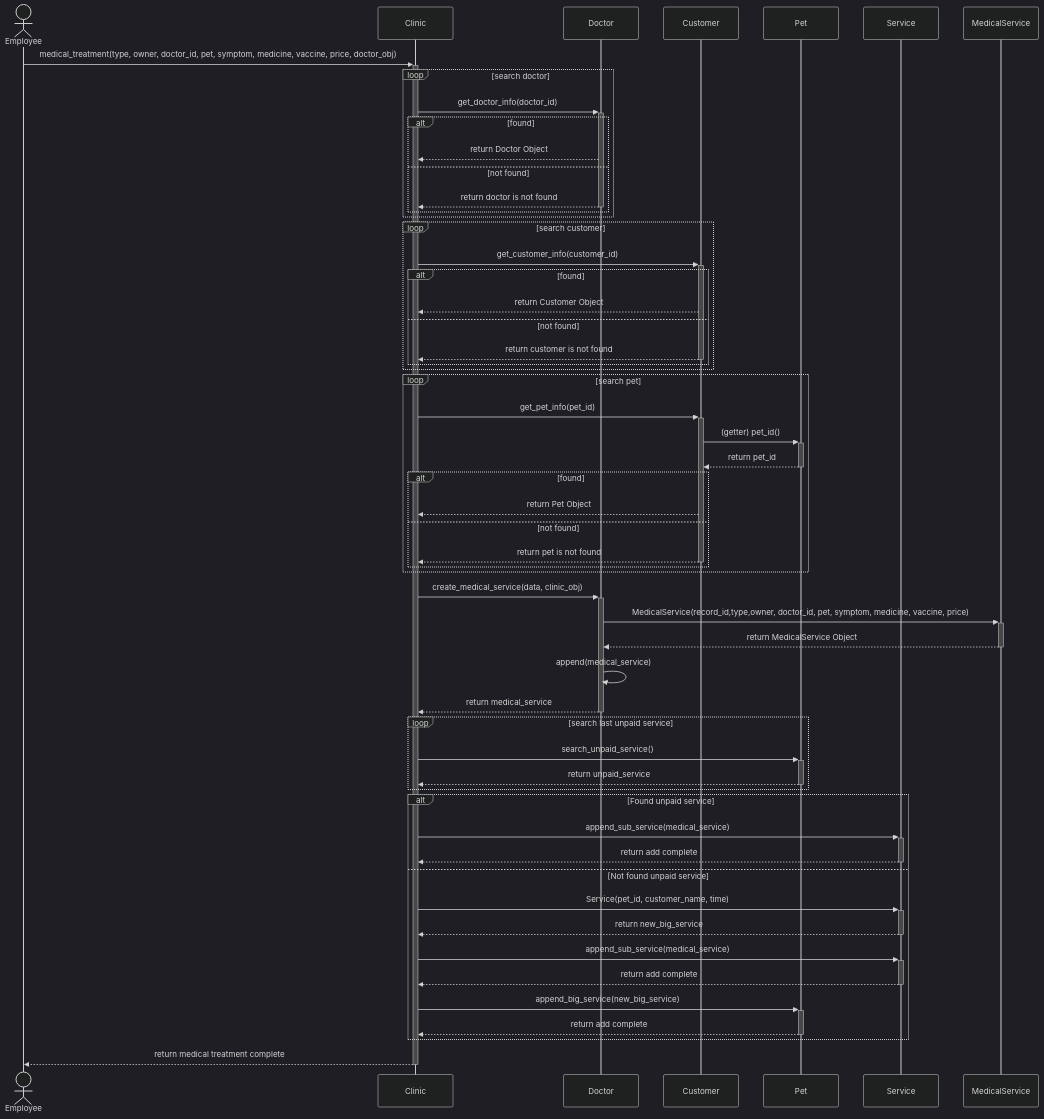
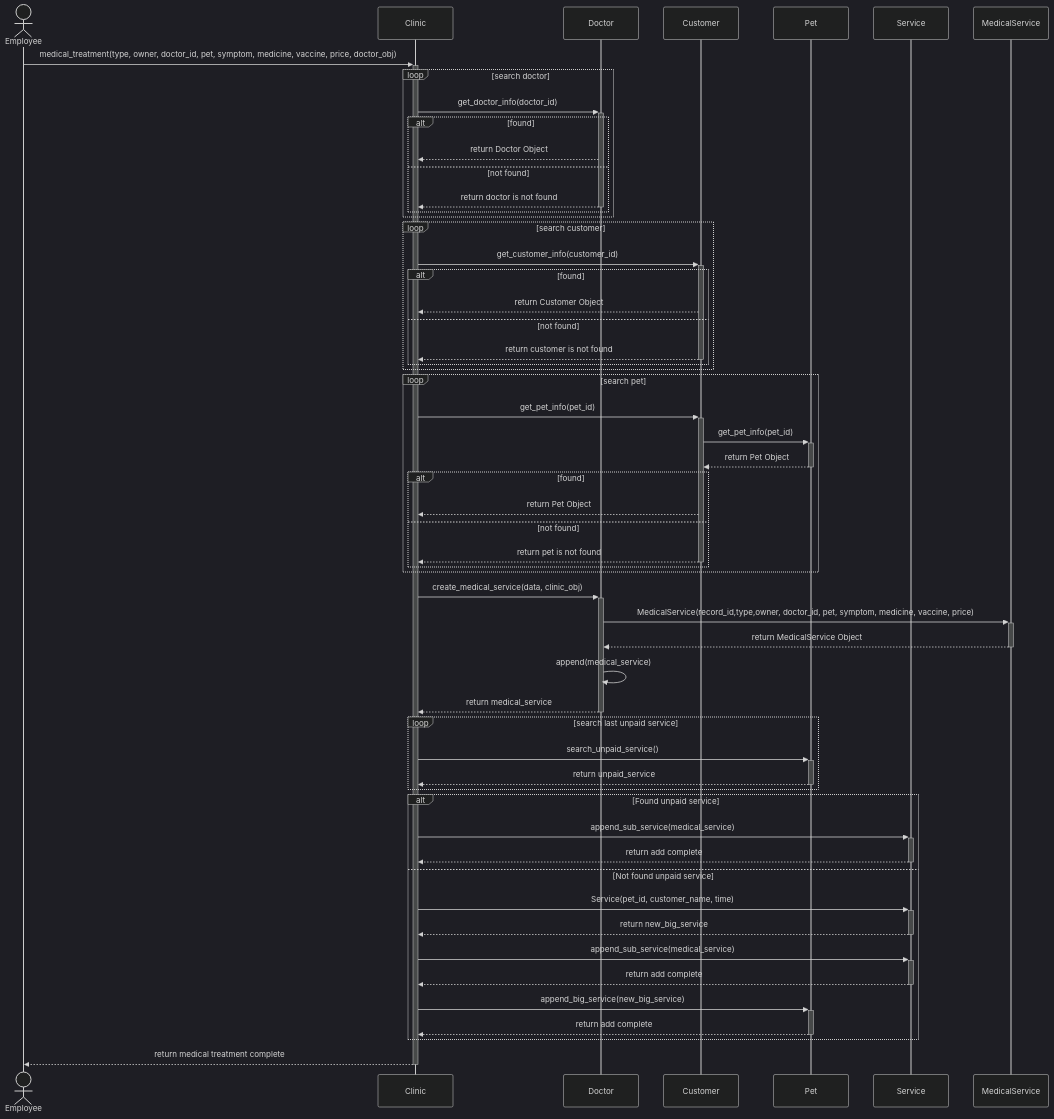
One commit to HiruKub/OOP-PROJECT_BASECODE changed the diagram in SequenceDiagram/Pet Treatment Service-2026-02-21-073359.mmd. Above: the diagram before and after it, drawn with Mermaid (dark theme). The commit also changed 1 other file, not shown here.

Commit message:
refactor: update pet info retrieval in sequence diagram

```diff
--- a/SequenceDiagram/Pet Treatment Service-2026-02-21-073359.mmd
+++ b/SequenceDiagram/Pet Treatment Service-2026-02-21-073359.mmd
@@ -1,79 +1,79 @@
 sequenceDiagram
     actor Employee
     participant Clinic
     participant Doctor
     participant Customer
     participant Pet
     participant Service
     participant MedicalService
     
 
     Employee ->>+ Clinic: medical_treatment(type, owner, doctor_id, pet, symptom, medicine, vaccine, price, doctor_obj)
 
     loop search doctor
         Clinic->>+Doctor: get_doctor_info(doctor_id)
         alt found
             Doctor-->>Clinic: return Doctor Object
         else not found
             Doctor-->>-Clinic: return doctor is not found
         end
     end
 
     %% Clinic ->>+ Doctor: start_medical_service(data, clinic_obj)
 
     loop search customer
         Clinic->>+Customer: get_customer_info(customer_id)
         alt found
             Customer-->>Clinic: return Customer Object
         else not found
             Customer-->>-Clinic: return customer is not found
         end
     end
     
     loop search pet
         Clinic->>+Customer: get_pet_info(pet_id)
-        Customer ->>+ Pet : (getter) pet_id()
-        Pet -->>- Customer : return pet_id
+        Customer ->>+ Pet : get_pet_info(pet_id)
+        Pet -->>- Customer : return Pet Object
         alt found   
             Customer-->>Clinic: return Pet Object 
         else not found
             Customer-->>-Clinic: return pet is not found
         end
     end
     
 
     %% Doctor->>Doctor: update_information(symptom,medical,vaccine,price)
     
     %% Doctor->>Doctor: generate_record_id()
     Clinic->>+Doctor: create_medical_service(data, clinic_obj)
 
     Doctor->>+MedicalService: MedicalService(record_id,type,owner, doctor_id, pet, symptom, medicine, vaccine, price)    
     MedicalService-->>-Doctor: return MedicalService Object
 
     Doctor->>Doctor: append(medical_service)
 
     Doctor-->>-Clinic: return medical_service
 
     loop search last unpaid service 
         Clinic->>+Pet: search_unpaid_service()
         Pet-->>-Clinic: return unpaid_service
     end
 
     alt Found unpaid service
         Clinic->>+Service: append_sub_service(medical_service)
         Service-->>-Clinic: return add complete
     else Not found unpaid service
         Clinic->>+Service: Service(pet_id, customer_name, time)
         Service-->>-Clinic: return new_big_service
 
         Clinic->>+Service: append_sub_service(medical_service)
         Service-->>-Clinic: return add complete
 
         Clinic->>+Pet: append_big_service(new_big_service)
         Pet-->>-Clinic: return add complete
         
     end
 
     %% Doctor-->>-Clinic: return medical treatment complete
 
     Clinic-->>-Employee: return medical treatment complete
```
